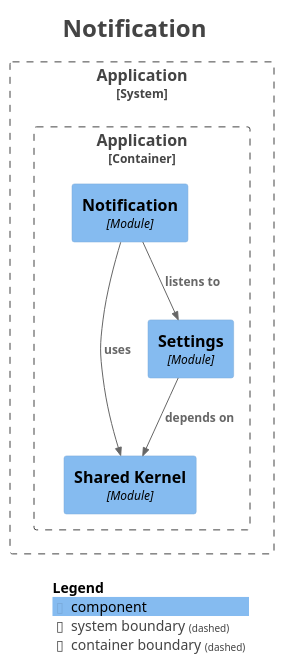
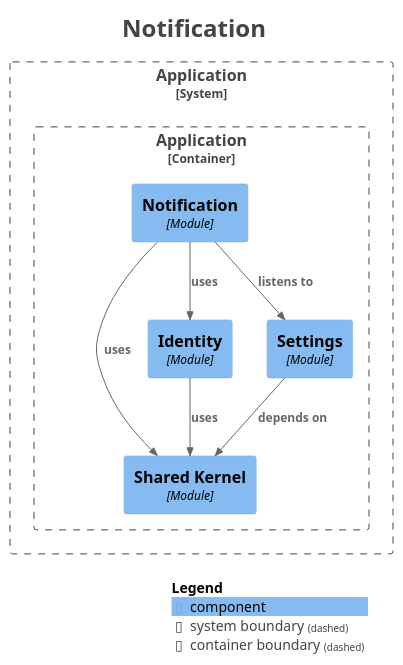
One commit to Paul-Ayesiga/enterprise-modulith-template changed the diagram in docs/modulith/module-notification.puml. Above: the diagram before and after it, drawn with PlantUML. The commit also changed 63 other files, not shown here.

First line of the commit message:
harden: security audit across identity/org/notification + fix flaky/isolated tests

```diff
--- a/docs/modulith/module-notification.puml
+++ b/docs/modulith/module-notification.puml
@@ -1,33 +1,36 @@
 @startuml
 title <size:24>Notification</size>
 
 set separator none
 top to bottom direction
 
 <style>
   root {
     BackgroundColor: #ffffff
     FontColor: #444444
   }
 </style>
 
 !include <C4/C4>
 !include <C4/C4_Context>
 !include <C4/C4_Component>
 
 System_Boundary("Application_boundary", "Application", $tags="") {
   Container_Boundary("Application.Application_boundary", "Application", $tags="") {
     Component(Application.Application.SharedKernel, "Shared Kernel", $techn="Module", $descr="", $tags="", $link="")
+    Component(Application.Application.Identity, "Identity", $techn="Module", $descr="", $tags="", $link="")
     Component(Application.Application.Settings, "Settings", $techn="Module", $descr="", $tags="", $link="")
     Component(Application.Application.Notification, "Notification", $techn="Module", $descr="", $tags="", $link="")
   }
 
 }
 
 Rel(Application.Application.Notification, Application.Application.Settings, "listens to", $techn="", $tags="", $link="")
 Rel(Application.Application.Notification, Application.Application.SharedKernel, "uses", $techn="", $tags="", $link="")
+Rel(Application.Application.Notification, Application.Application.Identity, "uses", $techn="", $tags="", $link="")
+Rel(Application.Application.Identity, Application.Application.SharedKernel, "uses", $techn="", $tags="", $link="")
 Rel(Application.Application.Settings, Application.Application.SharedKernel, "depends on", $techn="", $tags="", $link="")
 
 SHOW_LEGEND(true)
 hide stereotypes
 @enduml
```
